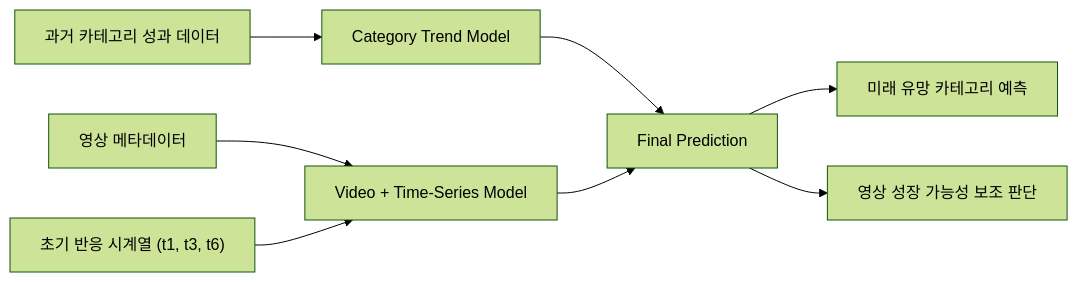
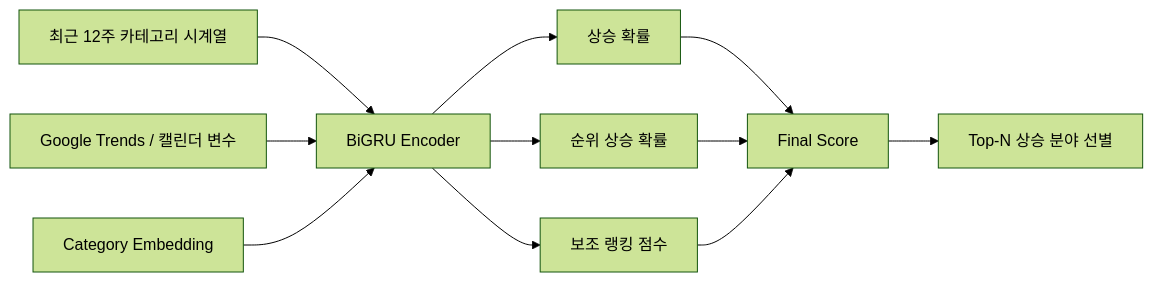
The diagram in FINAL_MODEL.md (HCG0313/youtube-trend-project-journey), drawn with Mermaid (forest theme) before and after one commit. The commit also changed other lines of this file, not shown here.

Commit message:
docs: align repo with final presentation (FINAL_MODEL.md)

````diff
--- a/FINAL_MODEL.md
+++ b/FINAL_MODEL.md
@@ -13,10 +105,13 @@
 ```mermaid
 flowchart LR
-    A["과거 카테고리 성과 데이터"] --> B["Category Trend Model"]
-    C["영상 메타데이터"] --> D["Video + Time-Series Model"]
-    E["초기 반응 시계열 (t1, t3, t6)"] --> D
-    B --> F["Final Prediction"]
-    D --> F
-    F --> G["미래 유망 카테고리 예측"]
-    F --> H["영상 성장 가능성 보조 판단"]
+    A["최근 12주 카테고리 시계열"] --> D["BiGRU Encoder"]
+    B["Google Trends / 캘린더 변수"] --> D
+    C["Category Embedding"] --> D
+    D --> E["상승 확률"]
+    D --> F["순위 상승 확률"]
+    D --> G["보조 랭킹 점수"]
+    E --> H["Final Score"]
+    F --> H
+    G --> H
+    H --> I["Top-N 상승 분야 선별"]
 ```
````
